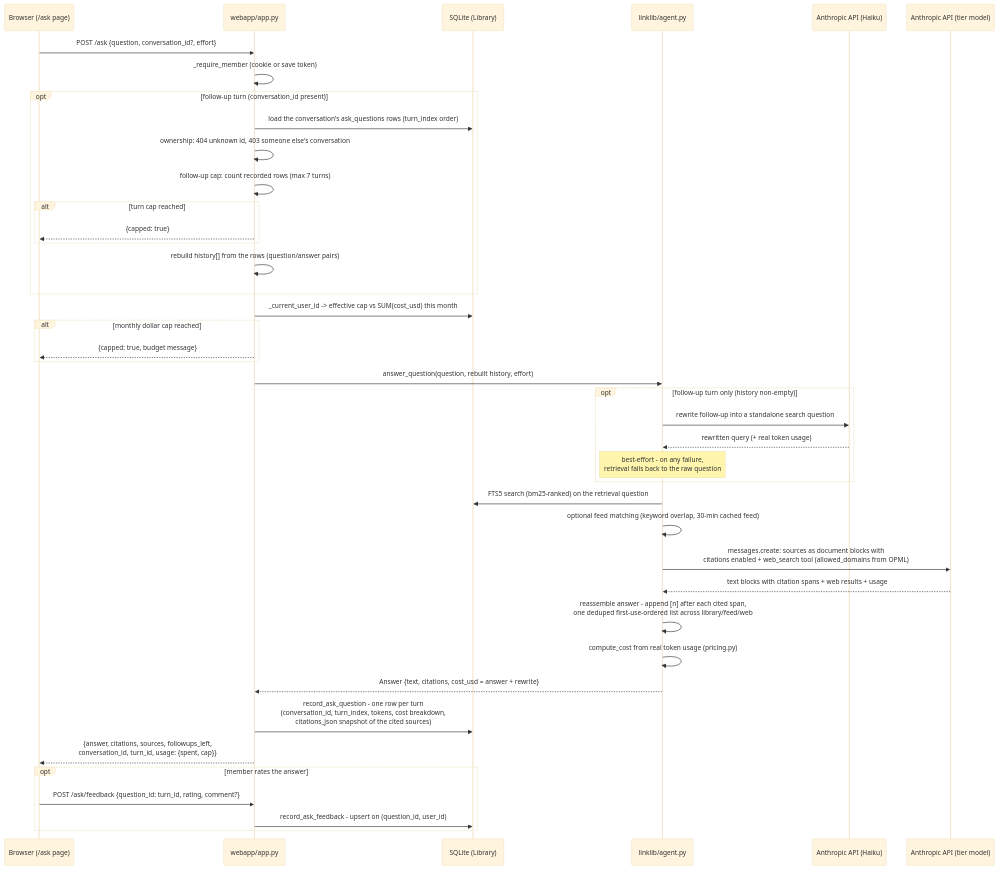
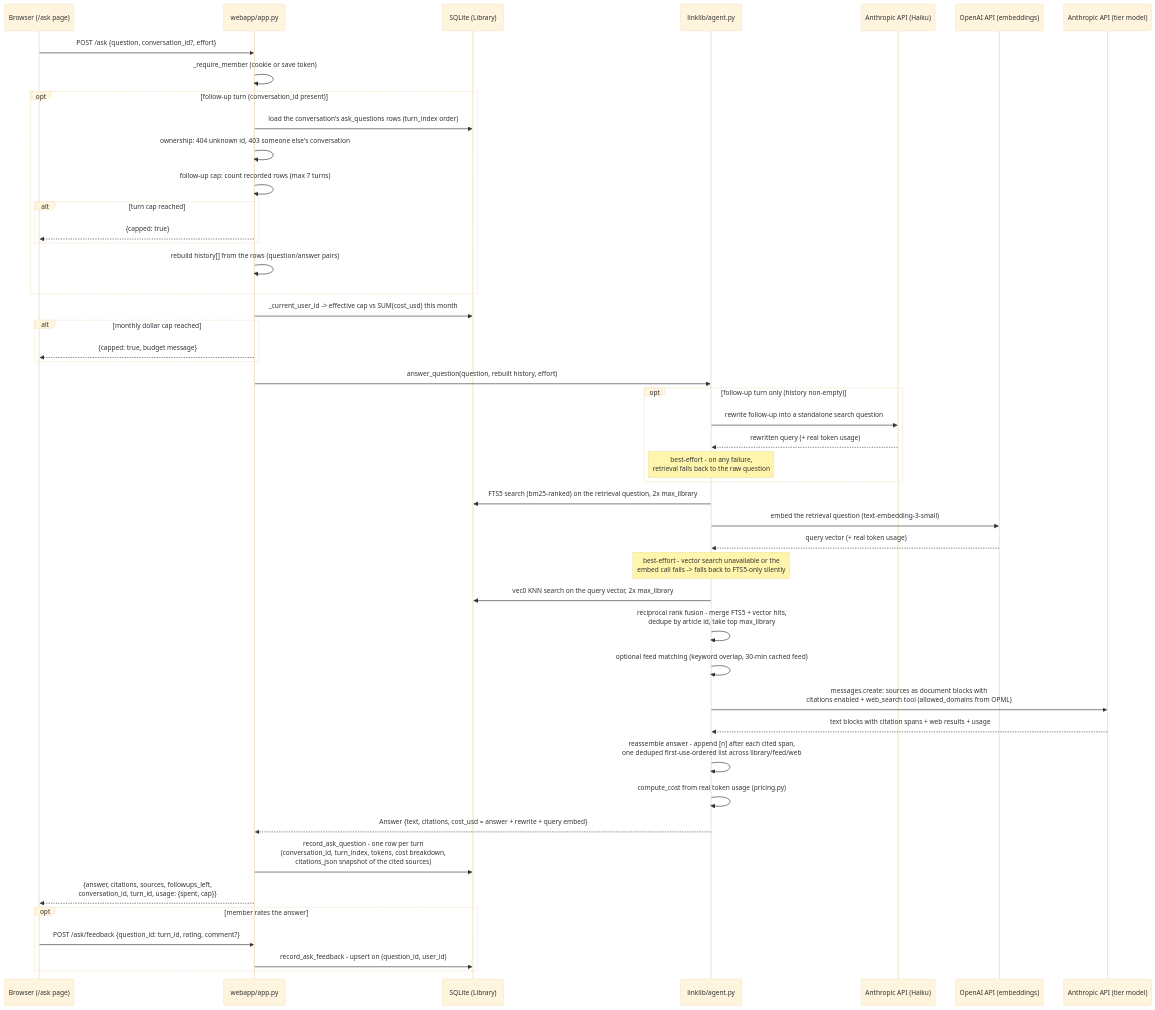
The third of 3 diagrams in ARCHITECTURE.md (bmweis/cfo-navigator), drawn with Mermaid (base theme) before and after one commit. The commit also changed other lines of this file and 15 other files, not shown here.

First line of the commit message:
Add hybrid FTS5+vector semantic retrieval for FP&A Buddy (#93)

````diff
--- a/ARCHITECTURE.md
+++ b/ARCHITECTURE.md
@@ -228,44 +239,50 @@
 ```mermaid
 sequenceDiagram
     participant B as Browser (/ask page)
     participant W as webapp/app.py
     participant DB as SQLite (Library)
     participant AG as linklib/agent.py
     participant H as Anthropic API (Haiku)
+    participant O as OpenAI API (embeddings)
     participant C as Anthropic API (tier model)
 
     B->>W: POST /ask {question, conversation_id?, effort}
     W->>W: _require_member (cookie or save token)
     opt follow-up turn (conversation_id present)
         W->>DB: load the conversation's ask_questions rows (turn_index order)
         W->>W: ownership: 404 unknown id, 403 someone else's conversation
         W->>W: follow-up cap: count recorded rows (max 7 turns)
         alt turn cap reached
             W-->>B: {capped: true}
         end
         W->>W: rebuild history[] from the rows (question/answer pairs)
     end
     W->>DB: _current_user_id -> effective cap vs SUM(cost_usd) this month
     alt monthly dollar cap reached
         W-->>B: {capped: true, budget message}
     end
     W->>AG: answer_question(question, rebuilt history, effort)
     opt follow-up turn only (history non-empty)
         AG->>H: rewrite follow-up into a standalone search question
         H-->>AG: rewritten query (+ real token usage)
         Note over AG: best-effort - on any failure,<br/>retrieval falls back to the raw question
     end
-    AG->>DB: FTS5 search (bm25-ranked) on the retrieval question
+    AG->>DB: FTS5 search (bm25-ranked) on the retrieval question, 2x max_library
+    AG->>O: embed the retrieval question (text-embedding-3-small)
+    O-->>AG: query vector (+ real token usage)
+    Note over AG: best-effort - vector search unavailable or the<br/>embed call fails -> falls back to FTS5-only silently
+    AG->>DB: vec0 KNN search on the query vector, 2x max_library
+    AG->>AG: reciprocal rank fusion - merge FTS5 + vector hits,<br/>dedupe by article id, take top max_library
     AG->>AG: optional feed matching (keyword overlap, 30-min cached feed)
     AG->>C: messages.create: sources as document blocks with<br/>citations enabled + web_search tool (allowed_domains from OPML)
     C-->>AG: text blocks with citation spans + web results + usage
     AG->>AG: reassemble answer - append [n] after each cited span,<br/>one deduped first-use-ordered list across library/feed/web
     AG->>AG: compute_cost from real token usage (pricing.py)
-    AG-->>W: Answer {text, citations, cost_usd = answer + rewrite}
+    AG-->>W: Answer {text, citations, cost_usd = answer + rewrite + query embed}
     W->>DB: record_ask_question - one row per turn<br/>(conversation_id, turn_index, tokens, cost breakdown,<br/>citations_json snapshot of the cited sources)
     W-->>B: {answer, citations, sources, followups_left,<br/>conversation_id, turn_id, usage: {spent, cap}}
     opt member rates the answer
         B->>W: POST /ask/feedback {question_id: turn_id, rating, comment?}
         W->>DB: record_ask_feedback - upsert on (question_id, user_id)
     end
 ```
````
